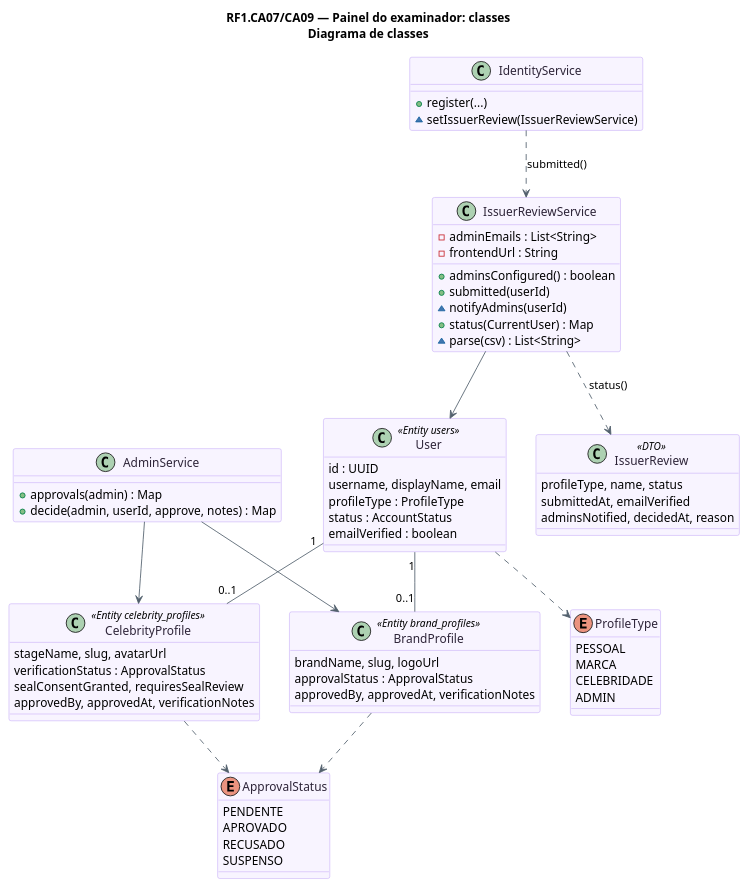
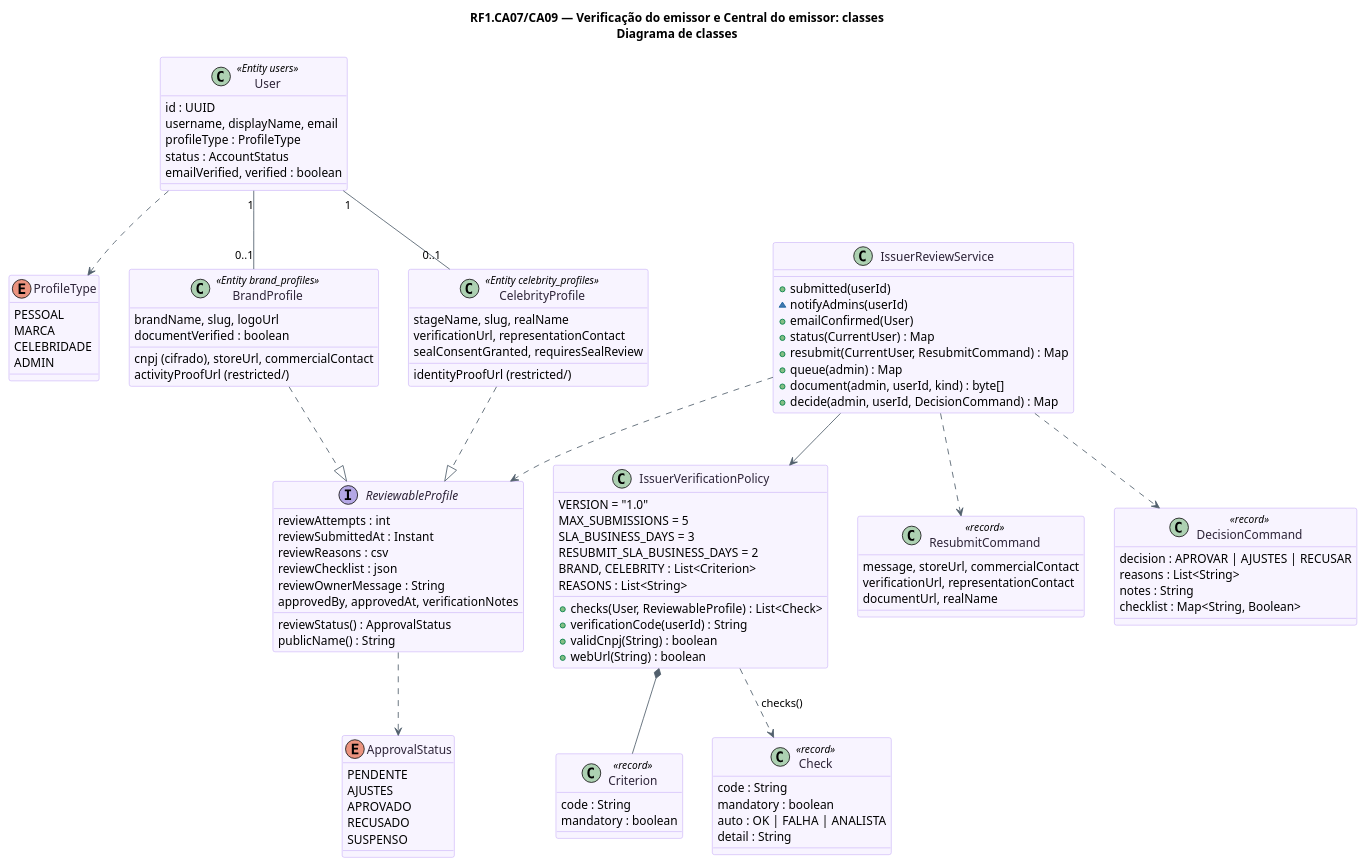
One commit to MatheusHaliski/tcc-2026-fashion-ai-backend changed the diagram in docs/diagramas/RF1-painel-do-examinador/RF1-examinador-classes.puml. Above: the diagram before and after it, drawn with PlantUML. The commit also changed 12 other files, not shown here.

First line of the commit message:
Docs: diagramas do RF1 no fluxo atual da verificação do emissor e taxonomia regerada sobre o main

```diff
--- a/docs/diagramas/RF1-painel-do-examinador/RF1-examinador-classes.puml
+++ b/docs/diagramas/RF1-painel-do-examinador/RF1-examinador-classes.puml
@@ -1,73 +1,108 @@
 @startuml RF1_Examinador_Classes
-title RF1.CA07/CA09 — Painel do examinador: classes\nDiagrama de classes
+title RF1.CA07/CA09 — Verificação do emissor e Central do emissor: classes\nDiagrama de classes
 skinparam backgroundColor #FFFFFF
 skinparam shadowing false
 skinparam class {
   BackgroundColor #F8F4FF
   BorderColor #B695F5
   FontColor #2D2438
   ArrowColor #52606D
 }
 enum ApprovalStatus {
   PENDENTE
+  AJUSTES
   APROVADO
   RECUSADO
   SUSPENSO
 }
 enum ProfileType {
   PESSOAL
   MARCA
   CELEBRIDADE
   ADMIN
 }
 class User <<Entity users>> {
   id : UUID
   username, displayName, email
   profileType : ProfileType
   status : AccountStatus
-  emailVerified : boolean
+  emailVerified, verified : boolean
+}
+interface ReviewableProfile {
+  reviewStatus() : ApprovalStatus
+  reviewAttempts : int
+  reviewSubmittedAt : Instant
+  reviewReasons : csv
+  reviewChecklist : json
+  reviewOwnerMessage : String
+  approvedBy, approvedAt, verificationNotes
+  publicName() : String
 }
 class BrandProfile <<Entity brand_profiles>> {
   brandName, slug, logoUrl
-  approvalStatus : ApprovalStatus
-  approvedBy, approvedAt, verificationNotes
+  cnpj (cifrado), storeUrl, commercialContact
+  activityProofUrl (restricted/)
+  documentVerified : boolean
 }
 class CelebrityProfile <<Entity celebrity_profiles>> {
-  stageName, slug, avatarUrl
-  verificationStatus : ApprovalStatus
+  stageName, slug, realName
+  verificationUrl, representationContact
+  identityProofUrl (restricted/)
   sealConsentGranted, requiresSealReview
-  approvedBy, approvedAt, verificationNotes
+}
+class IssuerVerificationPolicy {
+  VERSION = "1.0"
+  MAX_SUBMISSIONS = 5
+  SLA_BUSINESS_DAYS = 3
+  RESUBMIT_SLA_BUSINESS_DAYS = 2
+  BRAND, CELEBRITY : List<Criterion>
+  REASONS : List<String>
+  +checks(User, ReviewableProfile) : List<Check>
+  +verificationCode(userId) : String
+  +validCnpj(String) : boolean
+  +webUrl(String) : boolean
+}
+class Criterion <<record>> {
+  code : String
+  mandatory : boolean
+}
+class Check <<record>> {
+  code : String
+  mandatory : boolean
+  auto : OK | FALHA | ANALISTA
+  detail : String
 }
 class IssuerReviewService {
-  -adminEmails : List<String>
-  -frontendUrl : String
-  +adminsConfigured() : boolean
   +submitted(userId)
   ~notifyAdmins(userId)
+  +emailConfirmed(User)
   +status(CurrentUser) : Map
-  ~parse(csv) : List<String>
+  +resubmit(CurrentUser, ResubmitCommand) : Map
+  +queue(admin) : Map
+  +document(admin, userId, kind) : byte[]
+  +decide(admin, userId, DecisionCommand) : Map
 }
-class IssuerReview <<DTO>> {
-  profileType, name, status
-  submittedAt, emailVerified
-  adminsNotified, decidedAt, reason
+class ResubmitCommand <<record>> {
+  message, storeUrl, commercialContact
+  verificationUrl, representationContact
+  documentUrl, realName
 }
-class AdminService {
-  +approvals(admin) : Map
-  +decide(admin, userId, approve, notes) : Map
-}
-class IdentityService {
-  +register(...)
-  ~setIssuerReview(IssuerReviewService)
+class DecisionCommand <<record>> {
+  decision : APROVAR | AJUSTES | RECUSAR
+  reasons : List<String>
+  notes : String
+  checklist : Map<String, Boolean>
 }
 User "1" -- "0..1" BrandProfile
 User "1" -- "0..1" CelebrityProfile
-BrandProfile ..> ApprovalStatus
-CelebrityProfile ..> ApprovalStatus
+BrandProfile ..|> ReviewableProfile
+CelebrityProfile ..|> ReviewableProfile
+ReviewableProfile ..> ApprovalStatus
 User ..> ProfileType
-IdentityService ..> IssuerReviewService : submitted()
-IssuerReviewService ..> IssuerReview : status()
-IssuerReviewService --> User
-AdminService --> BrandProfile
-AdminService --> CelebrityProfile
+IssuerVerificationPolicy *-- Criterion
+IssuerVerificationPolicy ..> Check : checks()
+IssuerReviewService --> IssuerVerificationPolicy
+IssuerReviewService ..> ReviewableProfile
+IssuerReviewService ..> ResubmitCommand
+IssuerReviewService ..> DecisionCommand
 @enduml
```
